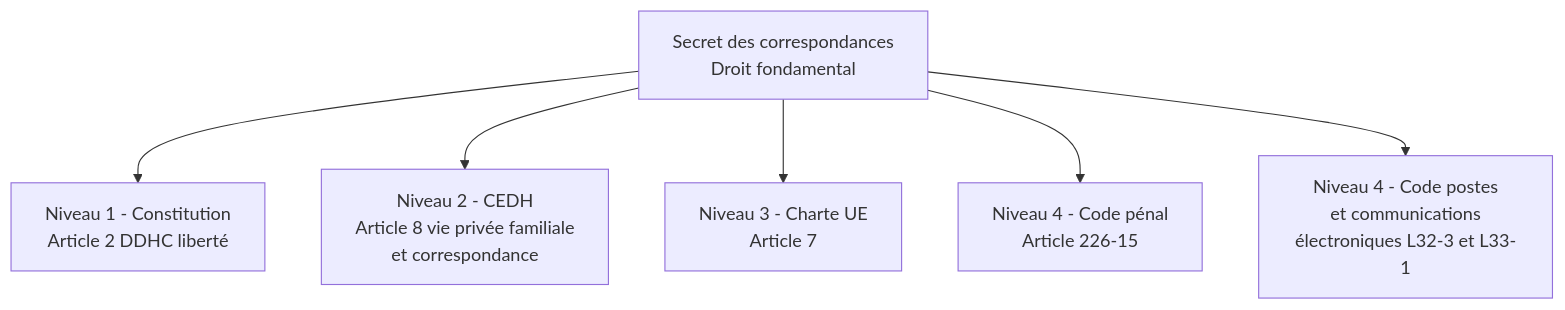
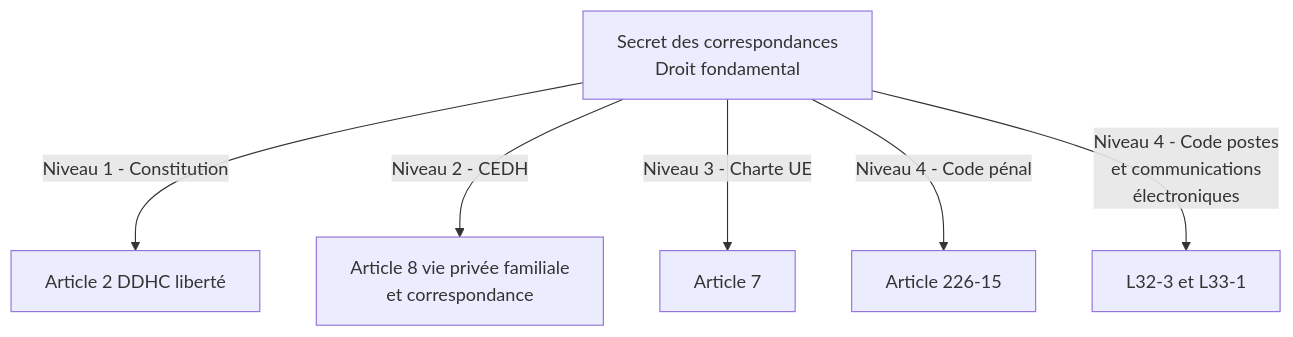
One commit to zyrass/omnydocs changed the first of 5 diagrams in docs/cursus-forensic/01-cycle-0-fondations/module-1-legislation/04-article-226-15.md. Above: the diagram before and after it, drawn with Mermaid. The commit also changed other lines of this file and 171 other files, not shown here.

````diff
--- a/docs/cursus-forensic/01-cycle-0-fondations/module-1-legislation/04-article-226-15.md
+++ b/docs/cursus-forensic/01-cycle-0-fondations/module-1-legislation/04-article-226-15.md
@@ -51,9 +53,9 @@
 ```mermaid
 flowchart TB
-    A[Secret des correspondances<br>Droit fondamental]
-    A --> B[Niveau 1 - Constitution<br>Article 2 DDHC liberté]
-    A --> C[Niveau 2 - CEDH<br>Article 8 vie privée familiale<br>et correspondance]
-    A --> D[Niveau 3 - Charte UE<br>Article 7]
-    A --> E[Niveau 4 - Code pénal<br>Article 226-15]
-    A --> F[Niveau 4 - Code postes<br>et communications<br>électroniques L32-3 et L33-1]
+    A["Secret des correspondances<br>Droit fondamental"]
+    A -->|Niveau 1 - Constitution| B["Article 2 DDHC liberté"]
+    A -->|Niveau 2 - CEDH| C["Article 8 vie privée familiale<br>et correspondance"]
+    A -->|Niveau 3 - Charte UE| D["Article 7"]
+    A -->|Niveau 4 - Code pénal| E["Article 226-15"]
+    A -->|Niveau 4 - Code postes<br>et communications<br>électroniques| F["L32-3 et L33-1"]
 ```
````
